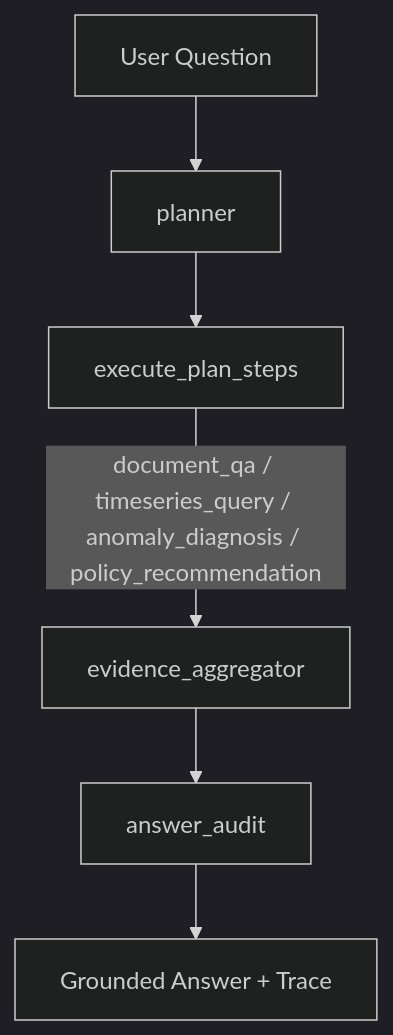
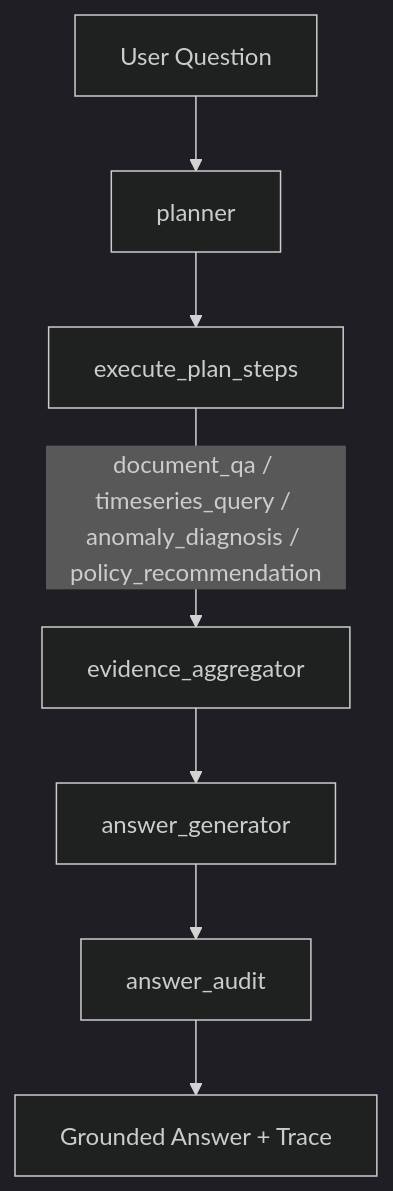
One commit to zwzwzwzwz123/DataCenter-HVAC-Copilot changed the diagram in README.md. Above: the diagram before and after it, drawn with Mermaid (dark theme). The commit also changed other lines of this file and 21 other files, not shown here.

````diff
--- a/README.md
+++ b/README.md
@@ -76,8 +81,9 @@
 ```mermaid
 flowchart TD
     A[User Question] --> B[planner]
     B --> C[execute_plan_steps]
     C -->|document_qa / timeseries_query / anomaly_diagnosis / policy_recommendation| G[evidence_aggregator]
-    G --> H[answer_audit]
-    H --> I[Grounded Answer + Trace]
+    G --> H[answer_generator]
+    H --> I[answer_audit]
+    I --> J[Grounded Answer + Trace]
 ```
````
